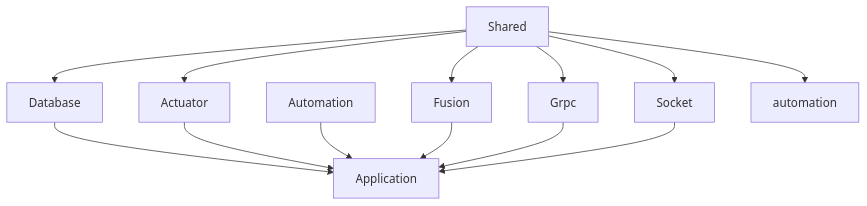
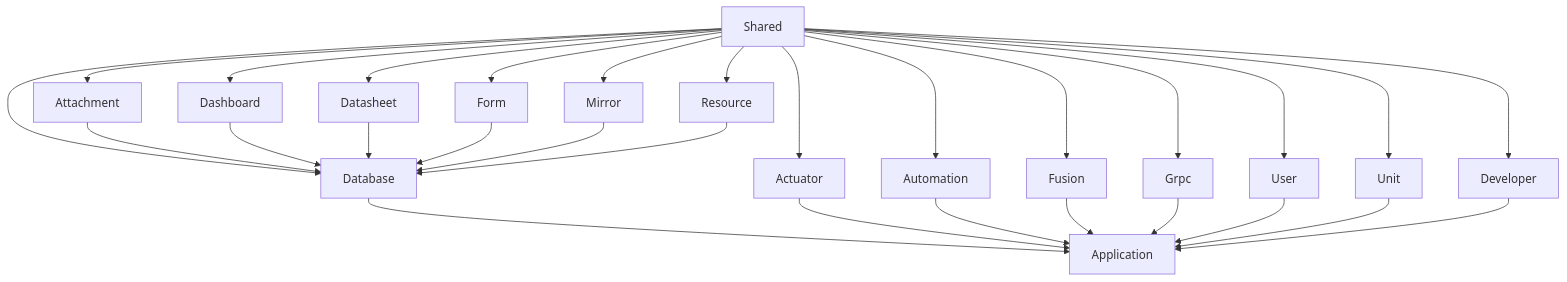
One commit to apitable/apitable changed the diagram in packages/room-server/README.md. Above: the diagram before and after it, drawn with Mermaid. The commit also changed 1 other file, not shown here.

Commit message:
docs: modules dependencies

````diff
--- a/packages/room-server/README.md
+++ b/packages/room-server/README.md
@@ -5,15 +5,31 @@
 ```mermaid
 graph TD;
         Database-->Application;
         Actuator-->Application;
         Automation-->Application;
         Fusion-->Application;
         Grpc-->Application;
-        Socket-->Application;
+        User-->Application;;
+        Unit-->Application;;
+        Developer-->Application;;
         Shared-->Database;
         Shared-->Actuator;
-        Shared-->automation;
+        Shared-->Automation;
         Shared-->Fusion;
         Shared-->Grpc;
-        Shared-->Socket;
+        Shared-->User;
+        Shared-->Unit;
+        Shared-->Developer;
+        Attachment-->Database;
+        Dashboard-->Database;
+        Datasheet-->Database;
+        Form-->Database;
+        Mirror-->Database;
+        Resource-->Database;
+        Shared-->Attachment;
+        Shared-->Dashboard;
+        Shared-->Datasheet;
+        Shared-->Form;
+        Shared-->Mirror;
+        Shared-->Resource;
 ```
````
